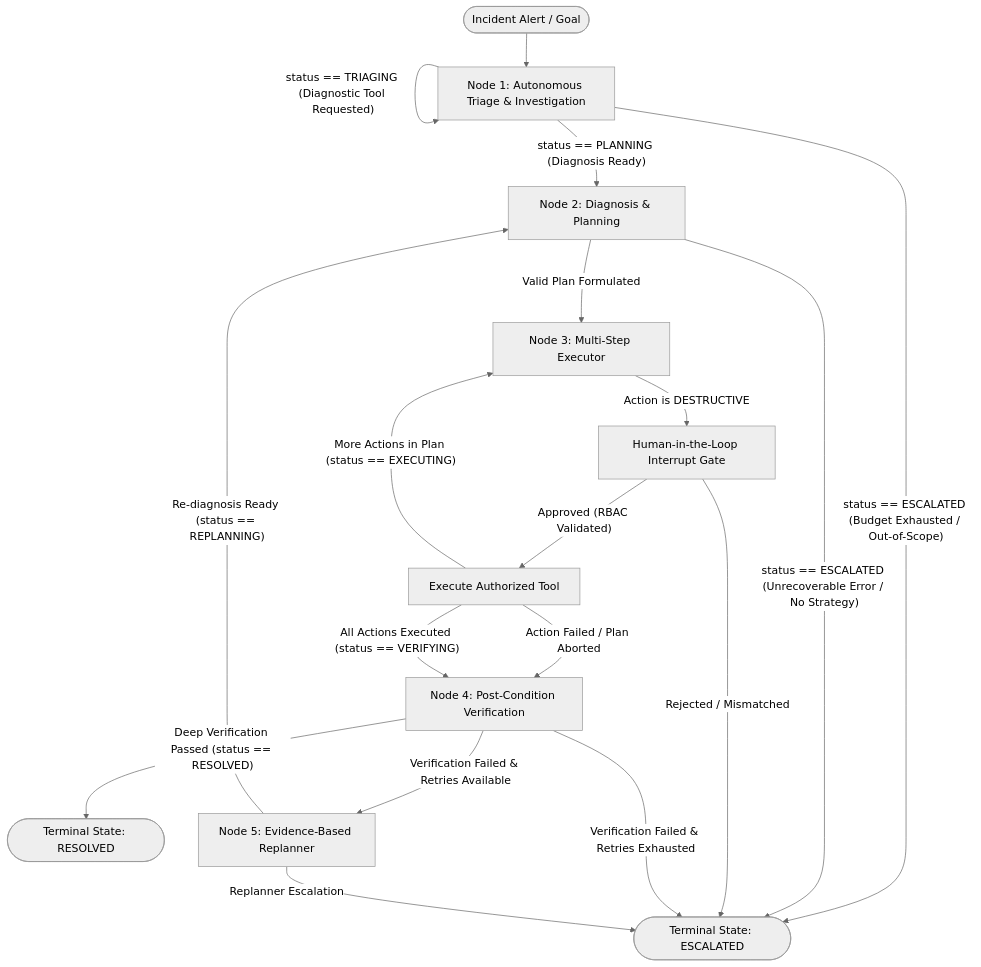
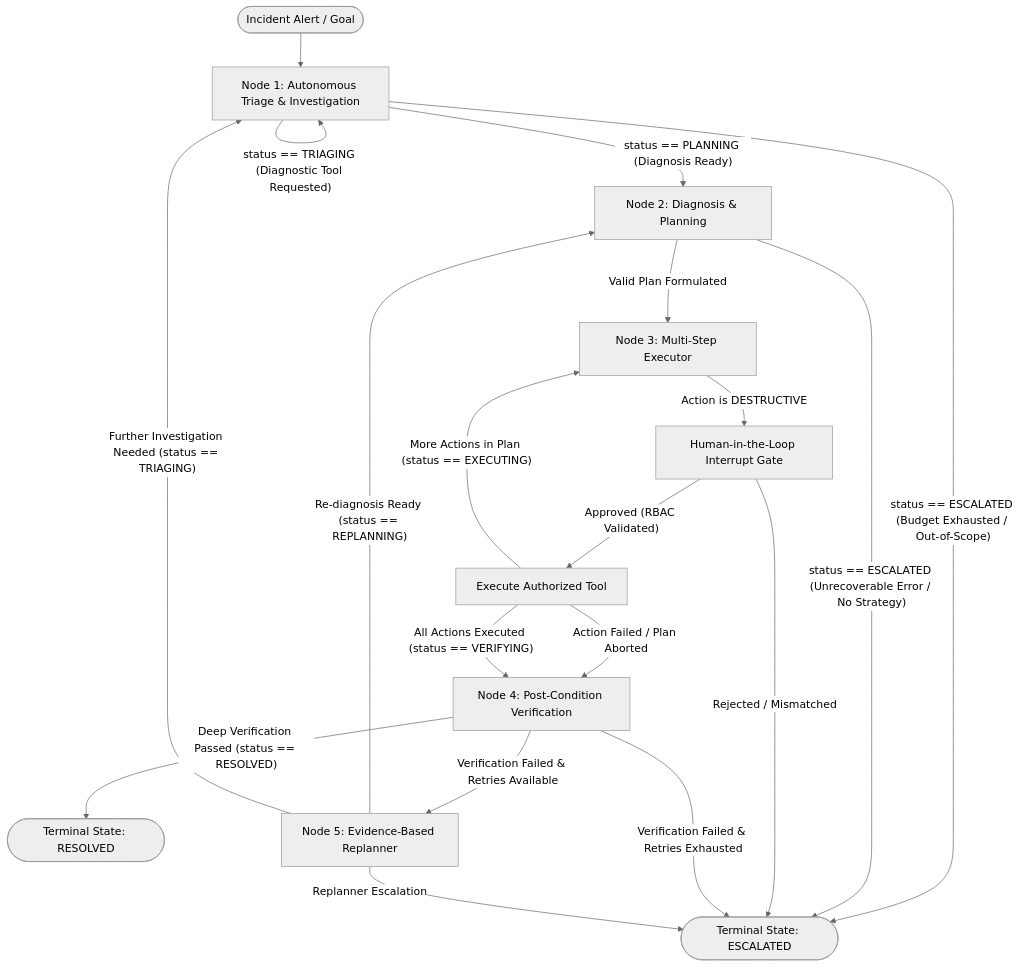
One commit to Vedaanthjoshi/NOVA changed the diagram in docs/ARCHITECTURE.md. Above: the diagram before and after it, drawn with Mermaid (neutral theme). The commit also changed other lines of this file and 21 other files, not shown here.

````diff
--- a/docs/ARCHITECTURE.md
+++ b/docs/ARCHITECTURE.md
@@ -14,30 +14,31 @@
 ```mermaid
 flowchart TD
     Start([Incident Alert / Goal]) --> Triage["Node 1: Autonomous Triage & Investigation"]
     
     %% Investigation Sub-Loop
     Triage -- "status == TRIAGING (Diagnostic Tool Requested)" --> Triage
     Triage -- "status == ESCALATED (Budget Exhausted / Out-of-Scope)" --> EndNode([Terminal State: ESCALATED])
     Triage -- "status == PLANNING (Diagnosis Ready)" --> Planner["Node 2: Diagnosis & Planning"]
     
     %% Planning Transitions
     Planner -- "status == ESCALATED (Unrecoverable Error / No Strategy)" --> EndNode
     Planner -- "Valid Plan Formulated" --> Executor["Node 3: Multi-Step Executor"]
     
     %% Multi-Step Execution Loop
     Executor -- "Action is DESTRUCTIVE" --> HITLCheck["Human-in-the-Loop Interrupt Gate"]
     HITLCheck -- "Approved (RBAC Validated)" --> ExecRunner["Execute Authorized Tool"]
     HITLCheck -- "Rejected / Mismatched" --> EndNode
     ExecRunner -- "More Actions in Plan (status == EXECUTING)" --> Executor
     ExecRunner -- "Action Failed / Plan Aborted" --> Verifier["Node 4: Post-Condition Verification"]
     ExecRunner -- "All Actions Executed (status == VERIFYING)" --> Verifier
     
     %% Verification & Replanning Feedback
     Verifier -- "Deep Verification Passed (status == RESOLVED)" --> ResolvedNode([Terminal State: RESOLVED])
     Verifier -- "Verification Failed & Retries Available" --> Replanner["Node 5: Evidence-Based Replanner"]
     Verifier -- "Verification Failed & Retries Exhausted" --> EndNode
     
     %% Replanning Loop
     Replanner -- "Re-diagnosis Ready (status == REPLANNING)" --> Planner
+    Replanner -- "Further Investigation Needed (status == TRIAGING)" --> Triage
     Replanner -- "Replanner Escalation" --> EndNode
 ```
````
